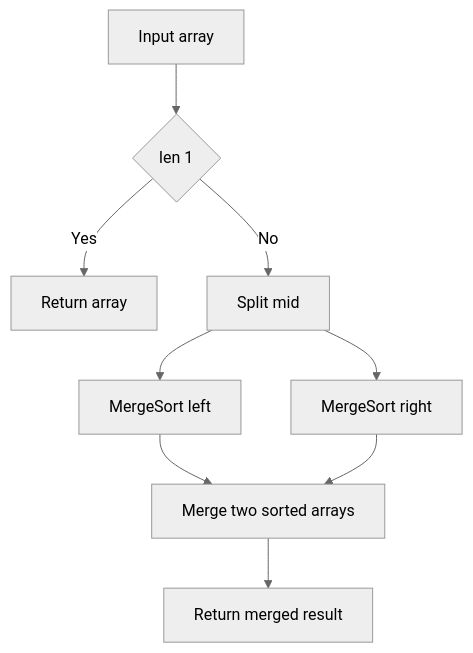
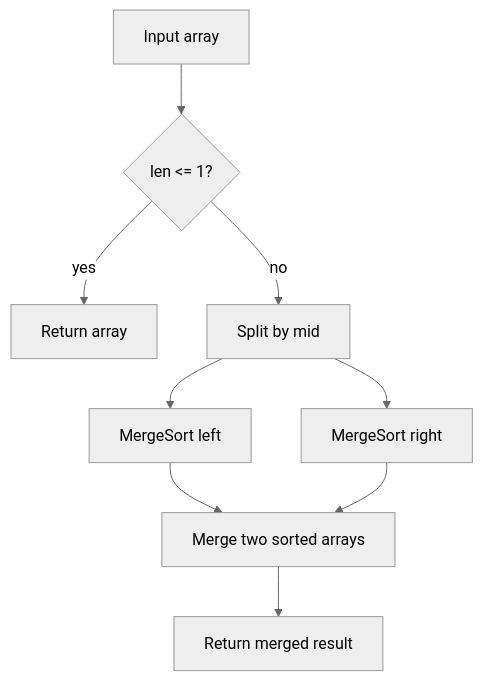
The diagram in content/docs/algorithms/algorithm-architect/02-sorting-searching/03-merge-sort.md (choisimo/document), drawn with Mermaid (neutral theme) before and after one commit. The commit also changed other lines of this file and 432 other files, not shown here.

````diff
--- a/content/docs/algorithms/algorithm-architect/02-sorting-searching/03-merge-sort.md
+++ b/content/docs/algorithms/algorithm-architect/02-sorting-searching/03-merge-sort.md
@@ -21,11 +72,11 @@
 ```mermaid
 flowchart TD
-    A[Input array] --> B{len 1}
-    B -- Yes --> C[Return array]
-    B -- No --> D[Split mid]
+    A[Input array] --> B{len <= 1?}
+    B -- yes --> C[Return array]
+    B -- no --> D[Split by mid]
     D --> E[MergeSort left]
     D --> F[MergeSort right]
     E --> G[Merge two sorted arrays]
     F --> G
     G --> H[Return merged result]
 ```
````
